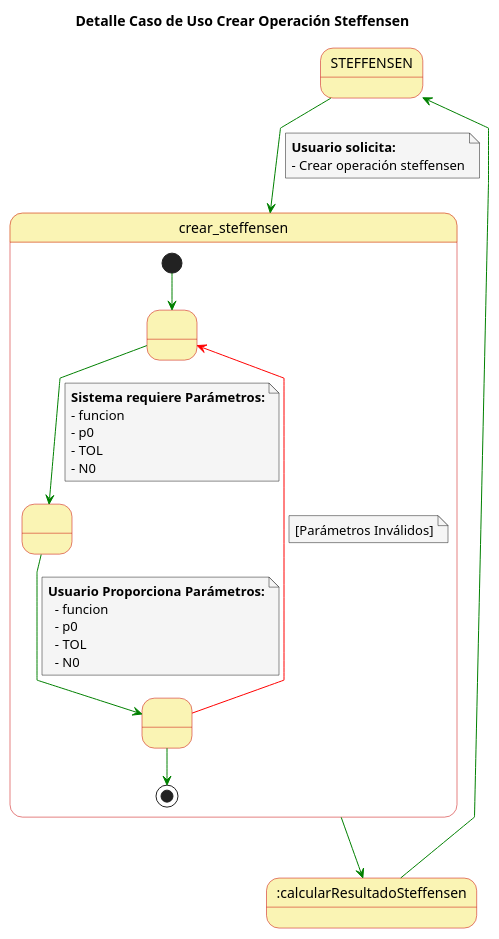
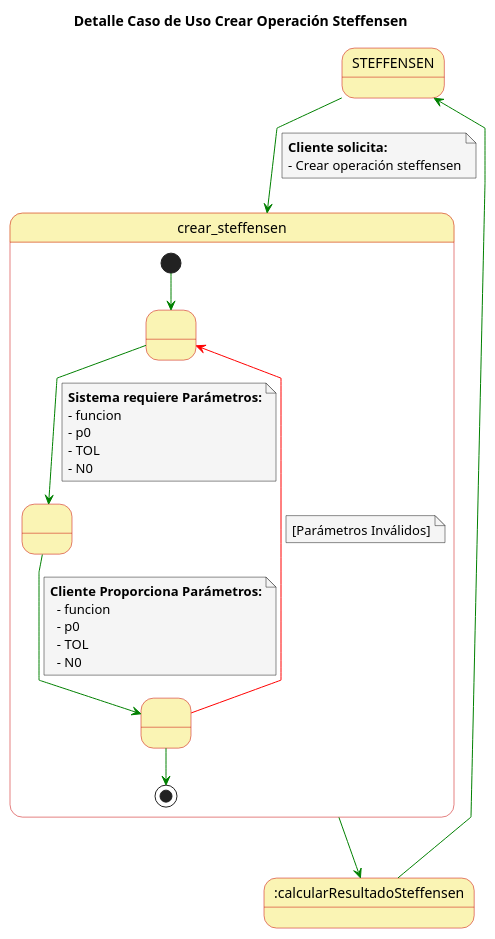
The diagram in casosDeUso/detallesCasosUsoEcuacionesUnaVariable/detalleCasoUsoCrearSteffensen.puml (rodri5villa/numath-API), drawn with PlantUML before and after one commit. The commit also changed 170 other files, not shown here.

```diff
--- a/casosDeUso/detallesCasosUsoEcuacionesUnaVariable/detalleCasoUsoCrearSteffensen.puml
+++ b/casosDeUso/detallesCasosUsoEcuacionesUnaVariable/detalleCasoUsoCrearSteffensen.puml
@@ -1,59 +1,59 @@
 @startuml
 
 top to bottom direction
 
 skinparam state {
   BackgroundColor #faf4b4
   BorderColor #c90000
 }
 
 skinparam note {
   BackgroundColor #f5f5f5
 }
 
 skinparam linetype polyline
 
 title Detalle Caso de Uso Crear Operación Steffensen
 
 state STEFFENSEN 
 
 STEFFENSEN -[#green]-> crear_steffensen
 note on link
-  **Usuario solicita:**
+  **Cliente solicita:**
   - Crear operación steffensen
 end note
 
 state crear_steffensen {
   state 1 as " "
   state 2 as " "
   state 3 as " "
   
   [*] -[#green]-> 1
   1 -[#green]-> 2
   note on link
       **Sistema requiere Parámetros:**
       - funcion
       - p0
       - TOL
       - N0
   end note
   2 -[#green]-> 3
   note on link
-    **Usuario Proporciona Parámetros:**
+    **Cliente Proporciona Parámetros:**
       - funcion
       - p0
       - TOL
       - N0
   end note
   3 -[#red]-> 1
   note on link
     [Parámetros Inválidos]
   end note
   3 -[#green]-> [*]
 }
 
 crear_steffensen -[#green]-> :calcularResultadoSteffensen
 
 :calcularResultadoSteffensen-[#green]-> STEFFENSEN 
 
 @enduml
```
